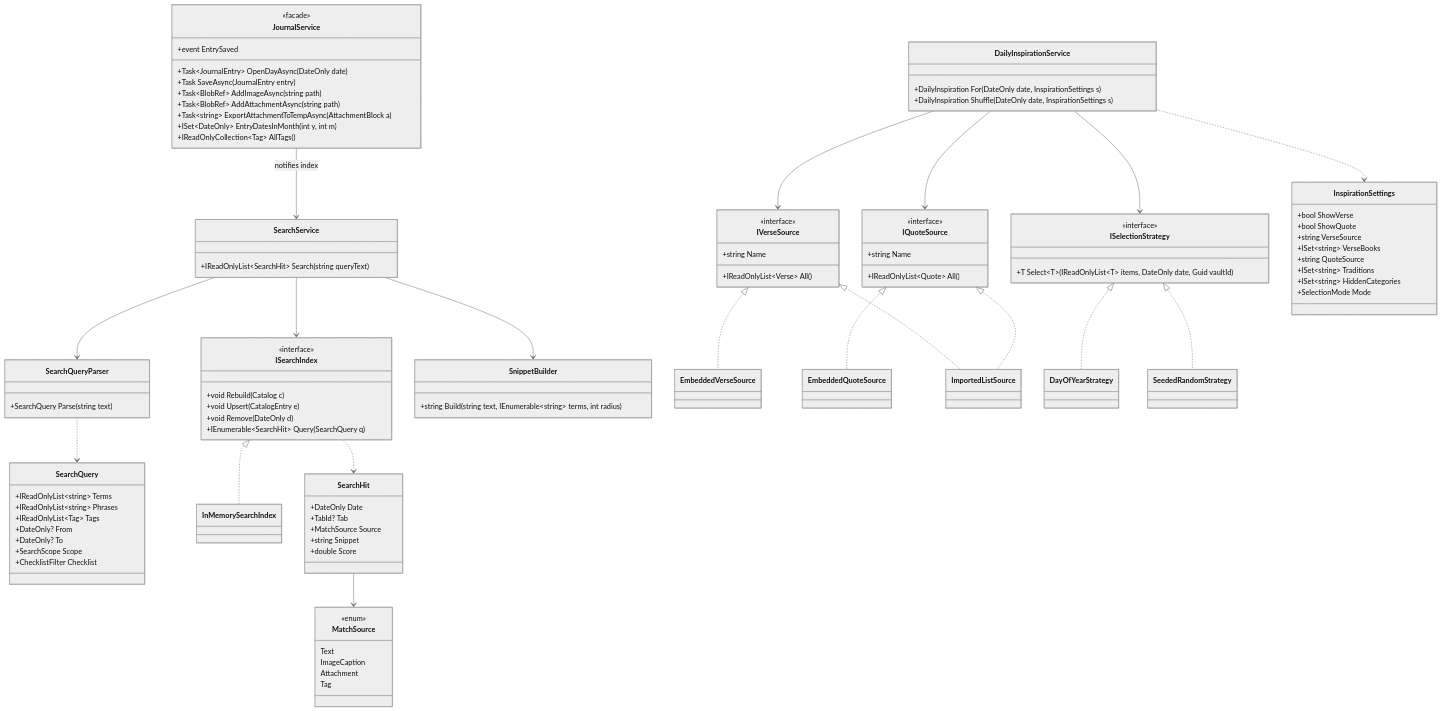
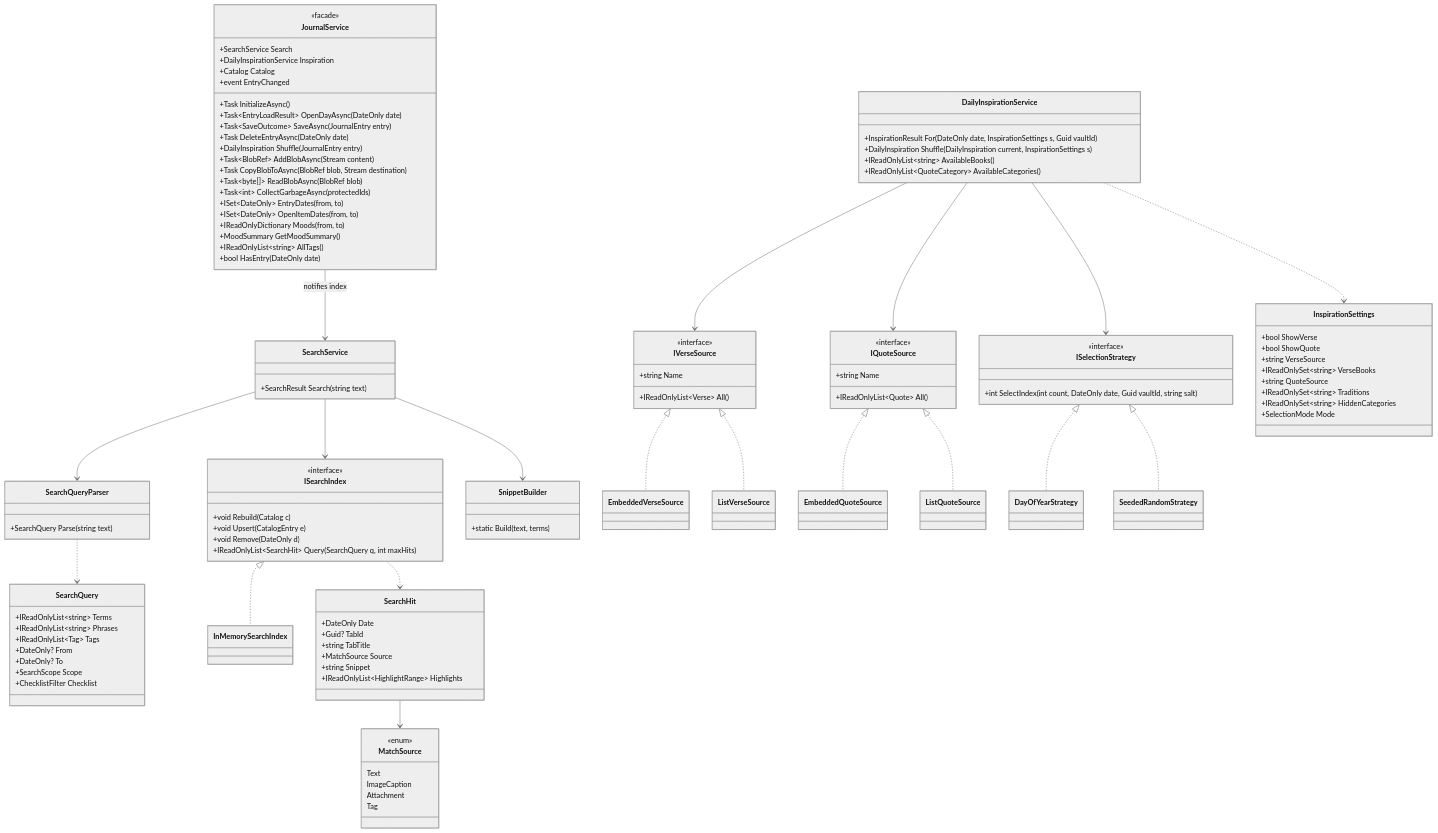
One commit to johnovanni/Journal changed the seventh of 8 diagrams in docs/Architecture.md. Above: the diagram before and after it, drawn with Mermaid (neutral theme). The commit also changed other lines of this file and 48 other files, not shown here.

````diff
--- a/docs/Architecture.md
+++ b/docs/Architecture.md
@@ -584,17 +645,28 @@
     direction TB
     class JournalService {
         <<facade>>
-        +Task~JournalEntry~ OpenDayAsync(DateOnly date)
-        +Task SaveAsync(JournalEntry entry)
-        +Task~BlobRef~ AddImageAsync(string path)
-        +Task~BlobRef~ AddAttachmentAsync(string path)
-        +Task~string~ ExportAttachmentToTempAsync(AttachmentBlock a)
-        +ISet~DateOnly~ EntryDatesInMonth(int y, int m)
-        +IReadOnlyCollection~Tag~ AllTags()
-        +event EntrySaved
+        +SearchService Search
+        +DailyInspirationService Inspiration
+        +Catalog Catalog
+        +event EntryChanged
+        +Task InitializeAsync()
+        +Task~EntryLoadResult~ OpenDayAsync(DateOnly date)
+        +Task~SaveOutcome~ SaveAsync(JournalEntry entry)
+        +Task DeleteEntryAsync(DateOnly date)
+        +DailyInspiration Shuffle(JournalEntry entry)
+        +Task~BlobRef~ AddBlobAsync(Stream content)
+        +Task CopyBlobToAsync(BlobRef blob, Stream destination)
+        +Task~byte[]~ ReadBlobAsync(BlobRef blob)
+        +Task~int~ CollectGarbageAsync(protectedIds)
+        +ISet~DateOnly~ EntryDates(from, to)
+        +ISet~DateOnly~ OpenItemDates(from, to)
+        +IReadOnlyDictionary Moods(from, to)
+        +MoodSummary GetMoodSummary()
+        +IReadOnlyList~string~ AllTags()
+        +bool HasEntry(DateOnly date)
     }
     class SearchService {
-        +IReadOnlyList~SearchHit~ Search(string queryText)
+        +SearchResult Search(string text)
     }
     class SearchQueryParser {
         +SearchQuery Parse(string text)
@@ -613,15 +685,16 @@
         +void Rebuild(Catalog c)
         +void Upsert(CatalogEntry e)
         +void Remove(DateOnly d)
-        +IEnumerable~SearchHit~ Query(SearchQuery q)
+        +IReadOnlyList~SearchHit~ Query(SearchQuery q, int maxHits)
     }
     class InMemorySearchIndex
     class SearchHit {
         +DateOnly Date
-        +TabId? Tab
+        +Guid? TabId
+        +string TabTitle
         +MatchSource Source
         +string Snippet
-        +double Score
+        +IReadOnlyList~HighlightRange~ Highlights
     }
     class MatchSource {
         <<enum>>
@@ -631,11 +704,13 @@
         Tag
     }
     class SnippetBuilder {
-        +string Build(string text, IEnumerable~string~ terms, int radius)
+        +static Build(text, terms)
     }
     class DailyInspirationService {
-        +DailyInspiration For(DateOnly date, InspirationSettings s)
-        +DailyInspiration Shuffle(DateOnly date, InspirationSettings s)
+        +InspirationResult For(DateOnly date, InspirationSettings s, Guid vaultId)
+        +DailyInspiration Shuffle(DailyInspiration current, InspirationSettings s)
+        +IReadOnlyList~string~ AvailableBooks()
+        +IReadOnlyList~QuoteCategory~ AvailableCategories()
     }
     class IVerseSource {
         <<interface>>
@@ -649,10 +724,11 @@
     }
     class EmbeddedVerseSource
     class EmbeddedQuoteSource
-    class ImportedListSource
+    class ListVerseSource
+    class ListQuoteSource
     class ISelectionStrategy {
         <<interface>>
-        +T Select~T~(IReadOnlyList~T~ items, DateOnly date, Guid vaultId)
+        +int SelectIndex(int count, DateOnly date, Guid vaultId, string salt)
     }
     class DayOfYearStrategy
     class SeededRandomStrategy
@@ -660,10 +736,10 @@
         +bool ShowVerse
         +bool ShowQuote
         +string VerseSource
-        +ISet~string~ VerseBooks
+        +IReadOnlySet~string~ VerseBooks
         +string QuoteSource
-        +ISet~string~ Traditions
-        +ISet~string~ HiddenCategories
+        +IReadOnlySet~string~ Traditions
+        +IReadOnlySet~string~ HiddenCategories
         +SelectionMode Mode
     }
 
@@ -680,9 +756,9 @@
     DailyInspirationService --> ISelectionStrategy
     DailyInspirationService ..> InspirationSettings
     IVerseSource <|.. EmbeddedVerseSource
-    IVerseSource <|.. ImportedListSource
+    IVerseSource <|.. ListVerseSource
     IQuoteSource <|.. EmbeddedQuoteSource
-    IQuoteSource <|.. ImportedListSource
+    IQuoteSource <|.. ListQuoteSource
     ISelectionStrategy <|.. DayOfYearStrategy
     ISelectionStrategy <|.. SeededRandomStrategy
 ```
````
